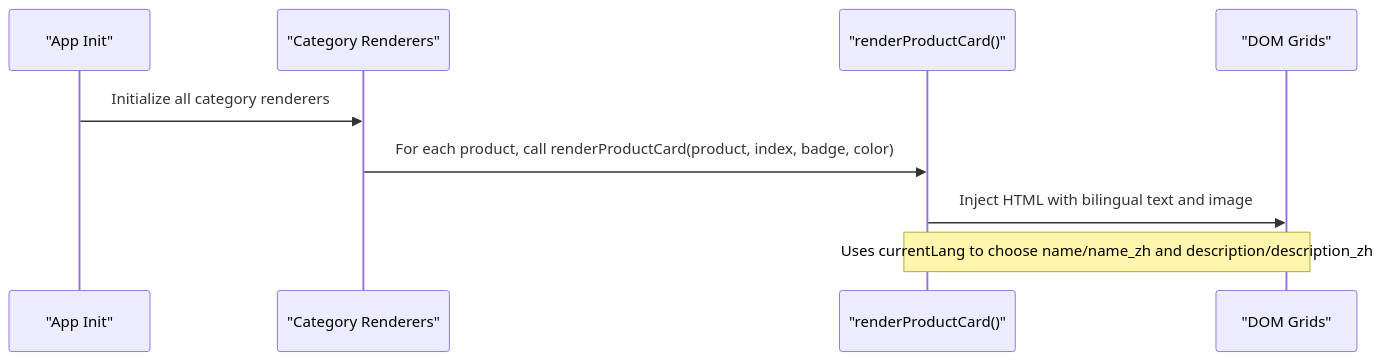
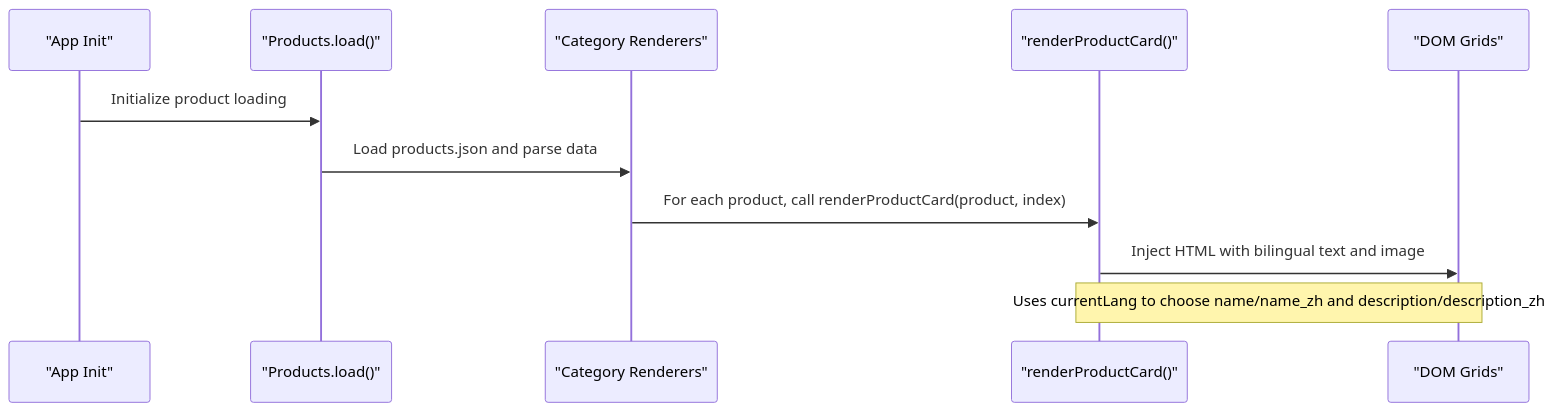
The second of 4 diagrams in .qoder/repowiki/en/content/Product Management System/Product Data Structure.md (queenflowerhk/queenflowerhk.github.io), drawn with Mermaid before and after one commit. The commit also changed other lines of this file and 22 other files, not shown here.

````diff
--- a/.qoder/repowiki/en/content/Product Management System/Product Data Structure.md
+++ b/.qoder/repowiki/en/content/Product Management System/Product Data Structure.md
@@ -95,11 +105,13 @@
 ```mermaid
 sequenceDiagram
 participant App as "App Init"
+participant Products as "Products.load()"
 participant Render as "Category Renderers"
 participant Card as "renderProductCard()"
 participant DOM as "DOM Grids"
-App->>Render : Initialize all category renderers
-Render->>Card : For each product, call renderProductCard(product, index, badge, color)
+App->>Products : Initialize product loading
+Products->>Render : Load products.json and parse data
+Render->>Card : For each product, call renderProductCard(product, index)
 Card->>DOM : Inject HTML with bilingual text and image
 Note over Card,DOM : Uses currentLang to choose name/name_zh and description/description_zh
 ```
````
